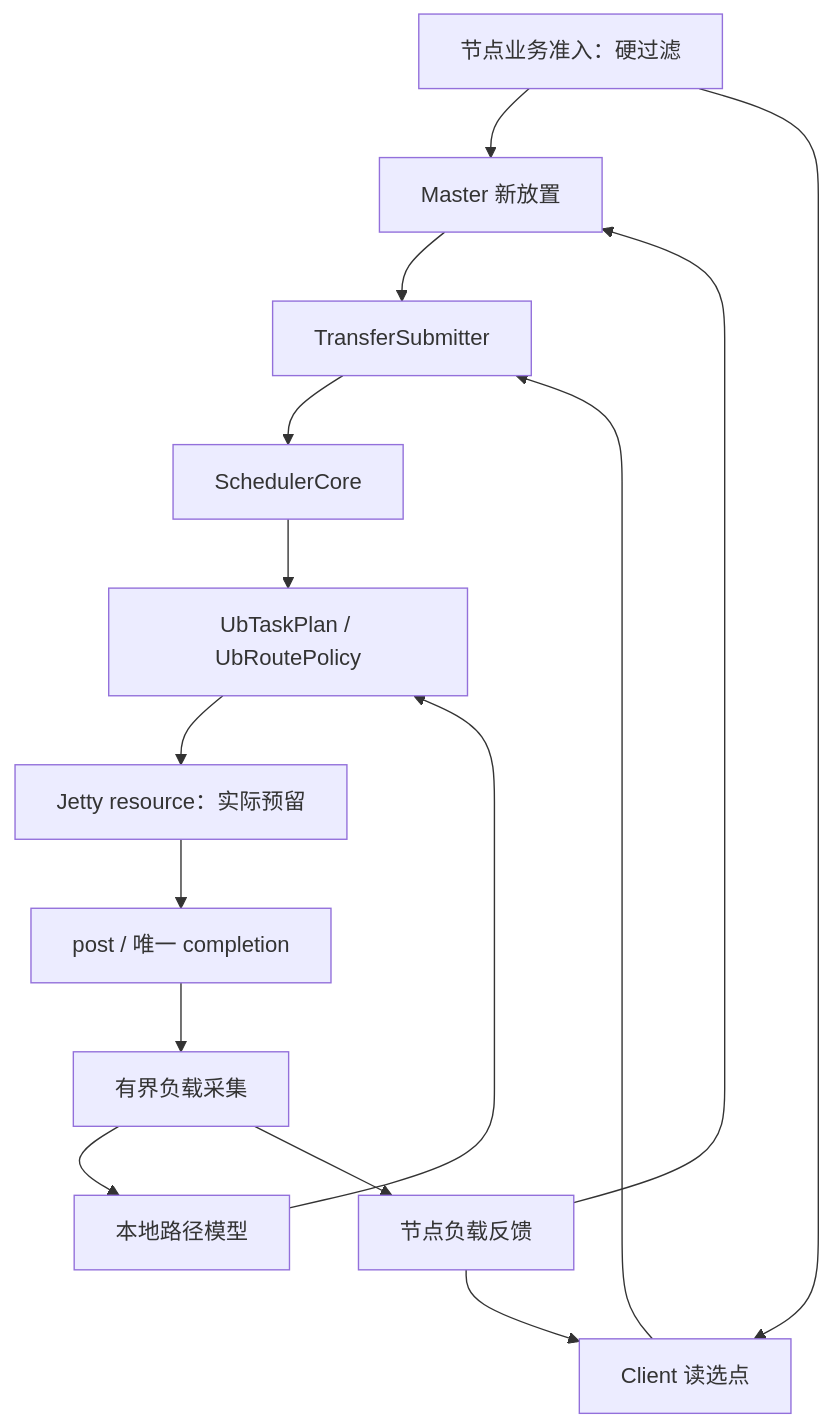
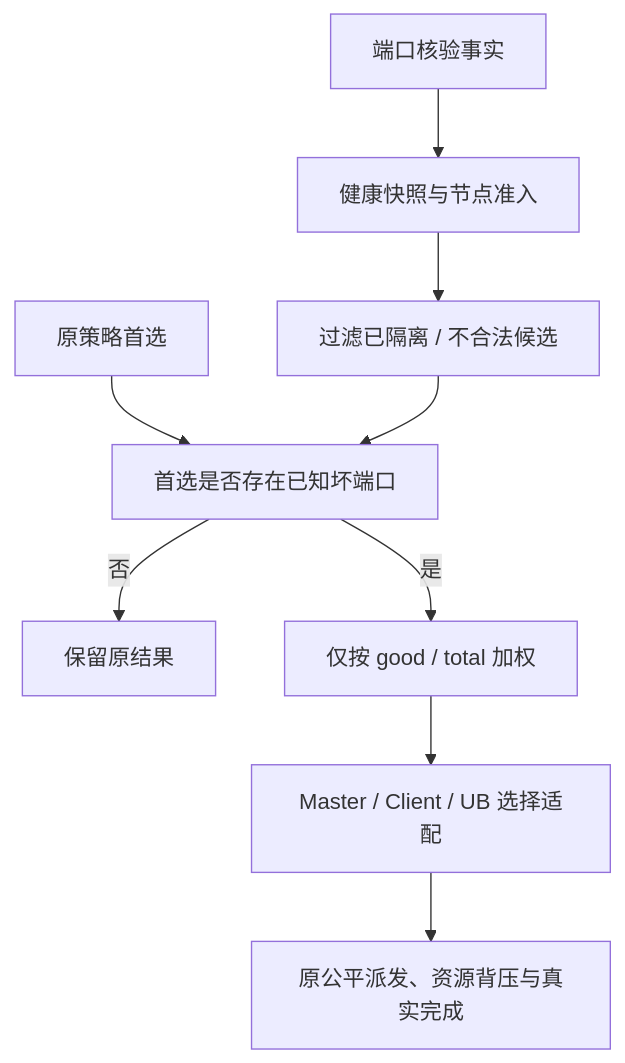
Before and after one commit to HangCong126/Supercache: the diagram in docs/analyze/ub_load_scheduling_design.md, drawn with Mermaid. The commit also changed other lines of this file, not shown here.

````diff
--- a/docs/analyze/ub_load_scheduling_design.md
+++ b/docs/analyze/ub_load_scheduling_design.md
@@ -47,17 +45,11 @@
 ```mermaid
 flowchart TD
-    Health["节点业务准入：硬过滤"] --> Placement["Master 新放置"]
-    Health --> Reader["Client 读选点"]
-    Placement --> Submit["TransferSubmitter"]
-    Reader --> Submit
-    Submit --> Scheduler["SchedulerCore"]
-    Scheduler --> Route["UbTaskPlan / UbRoutePolicy"]
-    Route --> Resource["Jetty resource：实际预留"]
-    Resource --> Execute["post / 唯一 completion"]
-    Execute --> Tracker["有界负载采集"]
-    Tracker --> Path["本地路径模型"]
-    Tracker --> Reporter["节点负载反馈"]
-    Path --> Route
-    Reporter --> Placement
-    Reporter --> Reader
+    Facts["端口核验事实"] --> Registry["健康快照与节点准入"]
+    Registry --> Gate["过滤已隔离 / 不合法候选"]
+    Original["原策略首选"] --> Trigger["首选是否存在已知坏端口"]
+    Gate --> Trigger
+    Trigger -->|否| Keep["保留原结果"]
+    Trigger -->|是| Weight["仅按 good / total 加权"]
+    Weight --> Placement["Master / Client / UB 选择适配"]
+    Placement --> Execution["原公平派发、资源背压与真实完成"]
 ```
````
